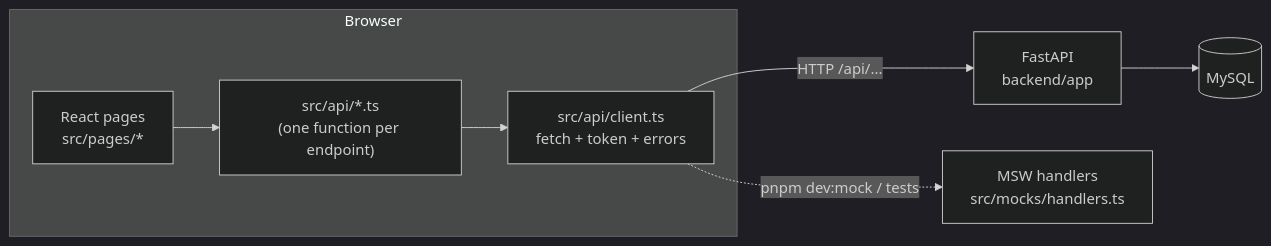
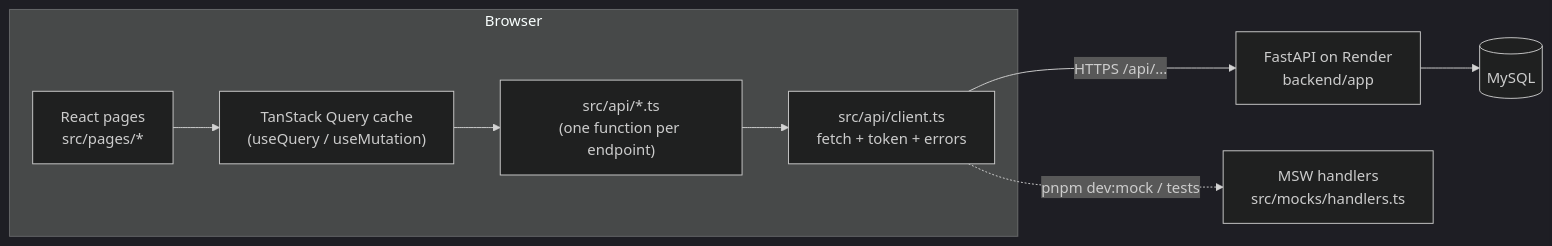
The first of 8 diagrams in Classroom.md (Cofinpro/praying-mantis-1), drawn with Mermaid (dark theme) before and after one commit. The commit also changed other lines of this file and 1 other file, not shown here.

Commit message:
Classroom.md: a React deep dive with code from the repo, war stories and exercises

````diff
--- a/Classroom.md
+++ b/Classroom.md
@@ -21,10 +29,11 @@
 ```mermaid
 flowchart LR
   subgraph Browser
-    UI["React pages<br/>src/pages/*"] --> API["src/api/*.ts<br/>(one function per endpoint)"]
+    UI["React pages<br/>src/pages/*"] --> Q["TanStack Query cache<br/>(useQuery / useMutation)"]
+    Q --> API["src/api/*.ts<br/>(one function per endpoint)"]
     API --> Client["src/api/client.ts<br/>fetch + token + errors"]
   end
-  Client -- "HTTP /api/..." --> BE["FastAPI<br/>backend/app"]
+  Client -- "HTTPS /api/..." --> BE["FastAPI on Render<br/>backend/app"]
   BE --> DB[(MySQL)]
   Client -. "pnpm dev:mock / tests" .-> MSW["MSW handlers<br/>src/mocks/handlers.ts"]
 ```
````
